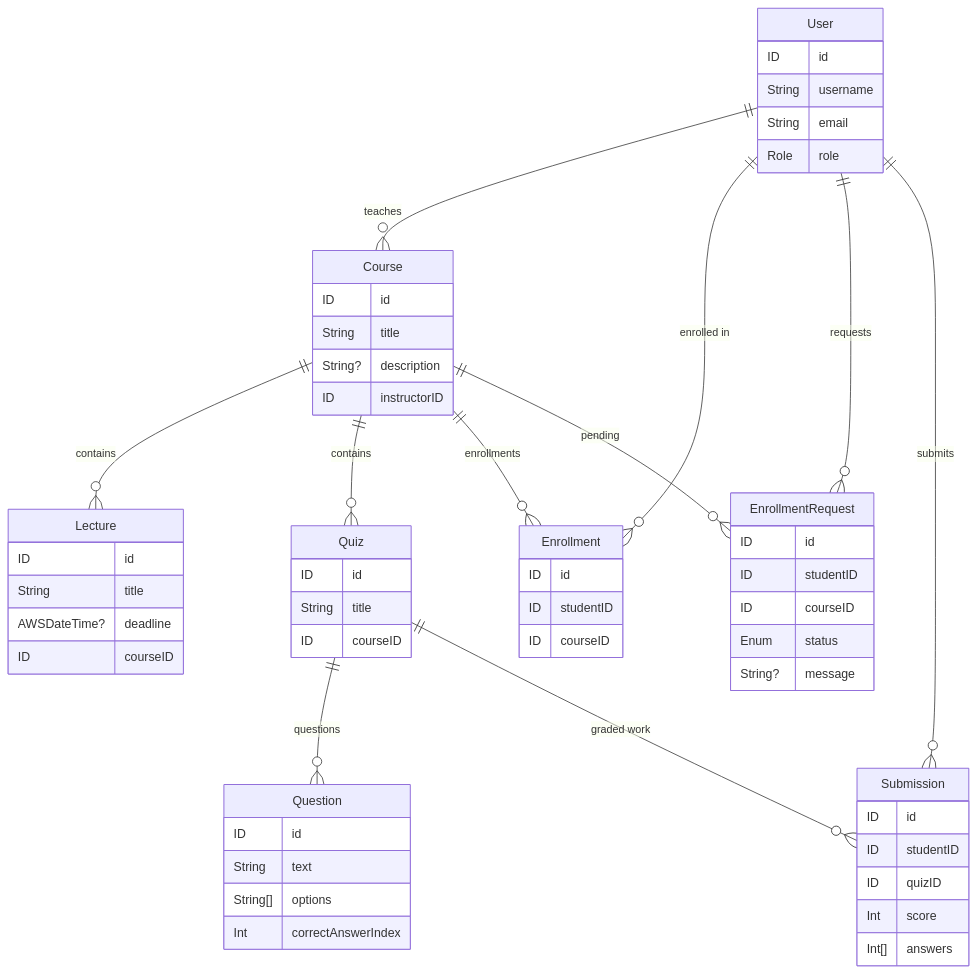
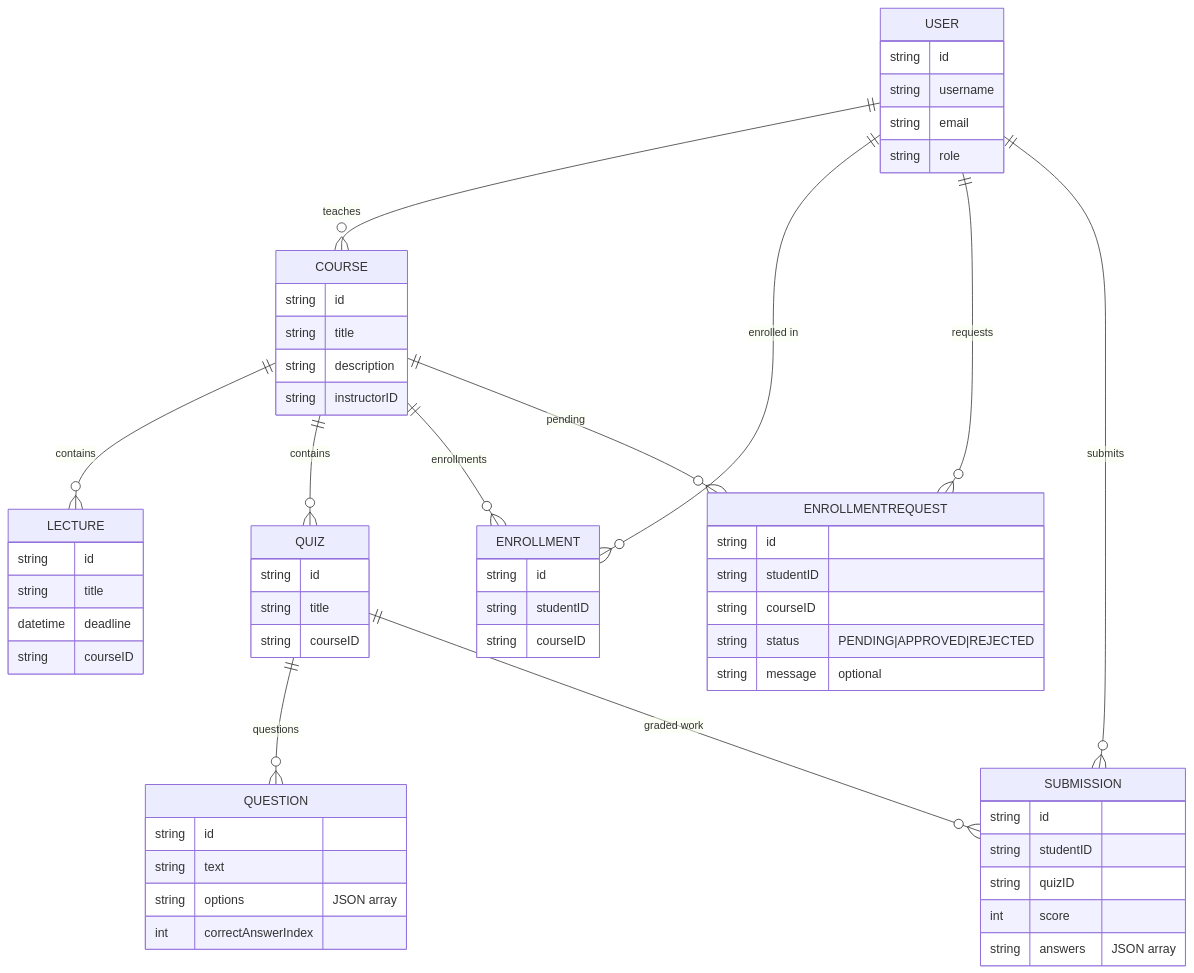
The second of 4 diagrams in README.md (hongphuc-git/aws_lms), drawn with Mermaid before and after one commit. The commit also changed other lines of this file, not shown here.

Commit message:
update database image

````diff
--- a/README.md
+++ b/README.md
@@ -41,62 +41,62 @@
 ```mermaid
 erDiagram
-  User {
-    ID id
-    String username
-    String email
-    Role role
+  USER {
+    string id
+    string username
+    string email
+    string role
   }
-  Course {
-    ID id
-    String title
-    String? description
-    ID instructorID
+  COURSE {
+    string id
+    string title
+    string description
+    string instructorID
   }
-  Lecture {
-    ID id
-    String title
-    AWSDateTime? deadline
-    ID courseID
+  LECTURE {
+    string id
+    string title
+    datetime deadline
+    string courseID
   }
-  Quiz {
-    ID id
-    String title
-    ID courseID
+  QUIZ {
+    string id
+    string title
+    string courseID
   }
-  Question {
-    ID id
-    String text
-    String[] options
-    Int correctAnswerIndex
+  QUESTION {
+    string id
+    string text
+    string options "JSON array"
+    int correctAnswerIndex
   }
-  Enrollment {
-    ID id
-    ID studentID
-    ID courseID
+  ENROLLMENT {
+    string id
+    string studentID
+    string courseID
   }
-  EnrollmentRequest {
-    ID id
-    ID studentID
-    ID courseID
-    Enum status
-    String? message
+  ENROLLMENTREQUEST {
+    string id
+    string studentID
+    string courseID
+    string status "PENDING|APPROVED|REJECTED"
+    string message "optional"
   }
-  Submission {
-    ID id
-    ID studentID
-    ID quizID
-    Int score
-    Int[] answers
+  SUBMISSION {
+    string id
+    string studentID
+    string quizID
+    int score
+    string answers "JSON array"
   }
 
-  User ||--o{ Course : "teaches"
-  User ||--o{ Enrollment : "enrolled in"
-  User ||--o{ EnrollmentRequest : "requests"
-  User ||--o{ Submission : "submits"
-  Course ||--o{ Lecture : "contains"
-  Course ||--o{ Quiz : "contains"
-  Quiz ||--o{ Question : "questions"
-  Course ||--o{ Enrollment : "enrollments"
-  Course ||--o{ EnrollmentRequest : "pending"
-  Quiz ||--o{ Submission : "graded work"
+  USER ||--o{ COURSE : "teaches"
+  USER ||--o{ ENROLLMENT : "enrolled in"
+  USER ||--o{ ENROLLMENTREQUEST : "requests"
+  USER ||--o{ SUBMISSION : "submits"
+  COURSE ||--o{ LECTURE : "contains"
+  COURSE ||--o{ QUIZ : "contains"
+  QUIZ ||--o{ QUESTION : "questions"
+  COURSE ||--o{ ENROLLMENT : "enrollments"
+  COURSE ||--o{ ENROLLMENTREQUEST : "pending"
+  QUIZ ||--o{ SUBMISSION : "graded work"
 ```
````
